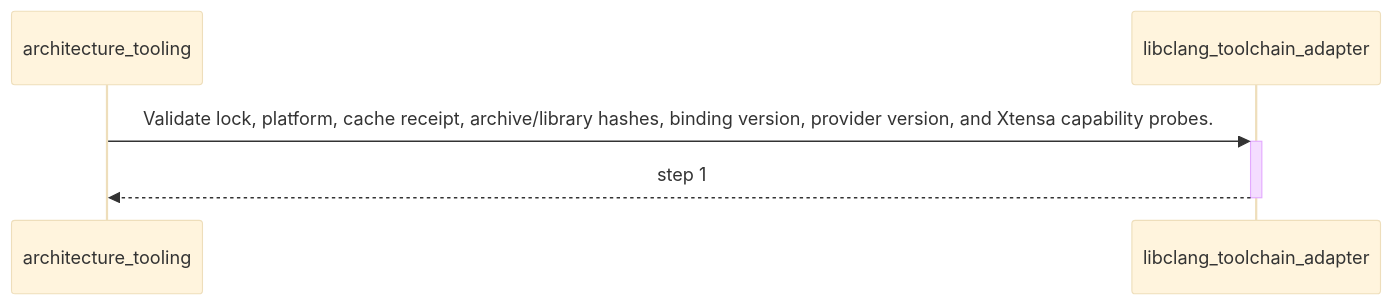
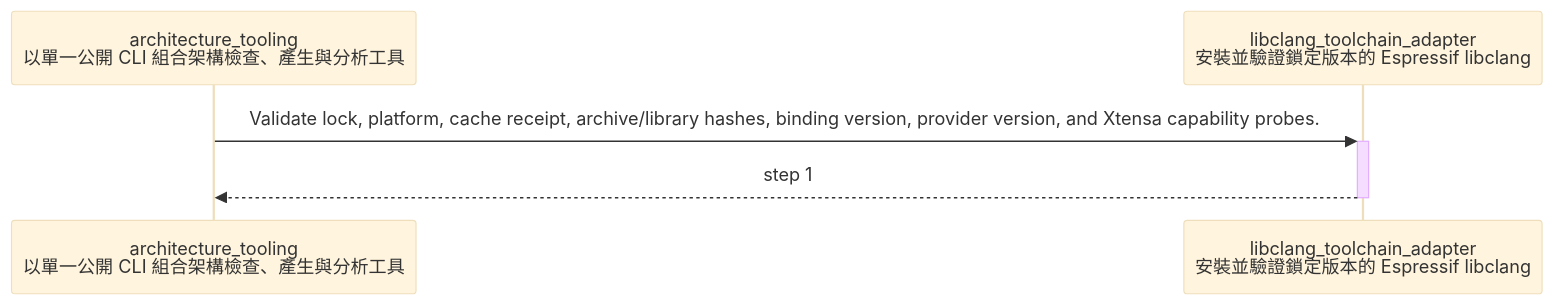
Before and after one commit to ShinWeiPeng/skills: the third of 3 diagrams in plugins/governed-engineering-skills/skills/govern-modular-event-architecture/architecture/generated/architecture_tooling.md, drawn with Mermaid (base theme). The commit also changed other lines of this file and 73 other files, not shown here.

Commit message:
add function-first architecture descriptions

````diff
--- a/plugins/governed-engineering-skills/skills/govern-modular-event-architecture/architecture/generated/architecture_tooling.md
+++ b/plugins/governed-engineering-skills/skills/govern-modular-event-architecture/architecture/generated/architecture_tooling.md
@@ -122,7 +122,7 @@
 ```mermaid
 sequenceDiagram
-    participant n_architecture_tooling as architecture_tooling
-    participant n_libclang_toolchain_adapter as libclang_toolchain_adapter
+    participant n_architecture_tooling as architecture_tooling<br/>以單一公開 CLI 組合架構檢查、產生與分析工具
+    participant n_libclang_toolchain_adapter as libclang_toolchain_adapter<br/>安裝並驗證鎖定版本的 Espressif libclang
     n_architecture_tooling->>+n_libclang_toolchain_adapter: Validate lock, platform, cache receipt, archive/library hashes, binding version, provider version, and Xtensa capability probes.
     n_libclang_toolchain_adapter-->>-n_architecture_tooling: step 1
 ```
````
